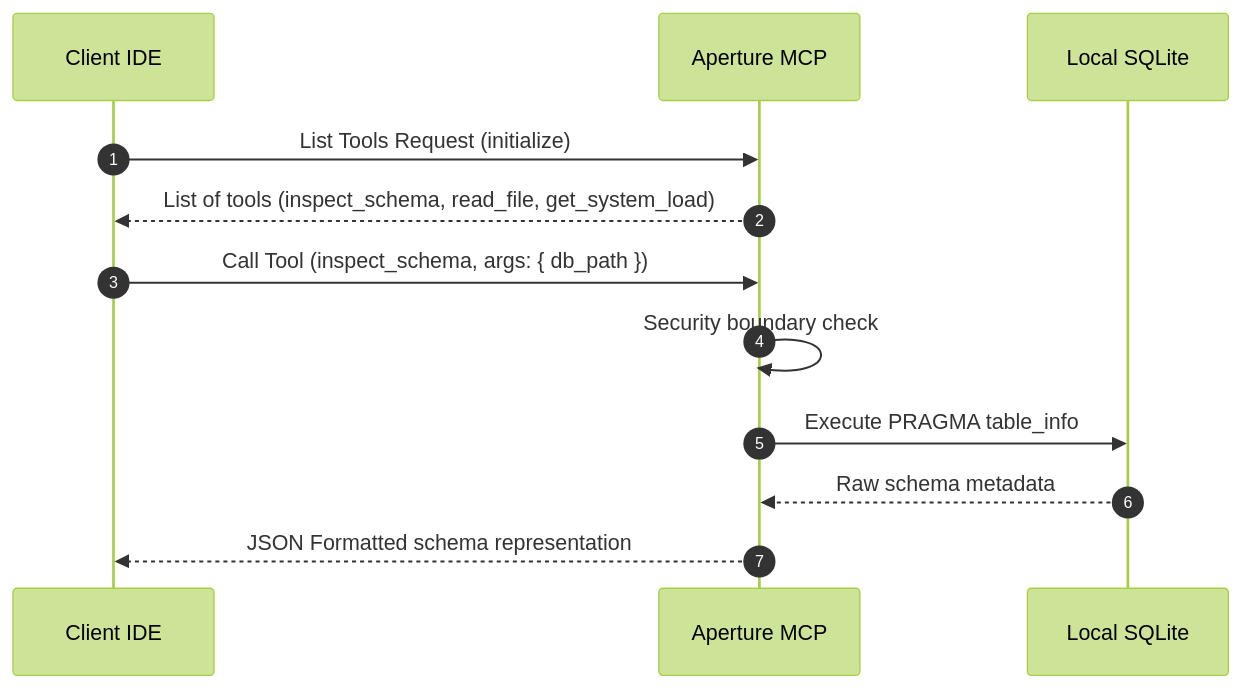
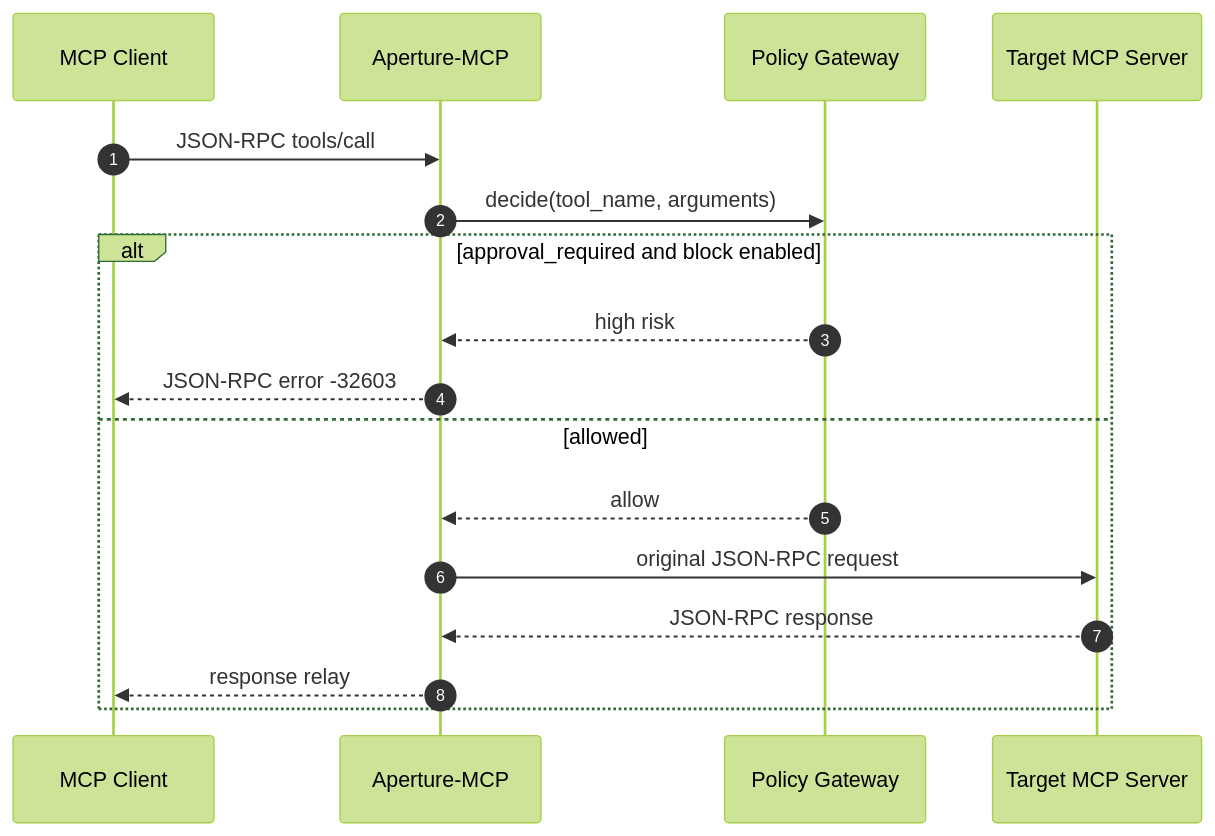
One commit to devcy0922/devcy0922.github.io changed the second of 2 diagrams in docs/projects/aperture-mcp.md. Above: the diagram before and after it, drawn with Mermaid (forest theme). The commit also changed other lines of this file and 7 other files, not shown here.

````diff
--- a/docs/projects/aperture-mcp.md
+++ b/docs/projects/aperture-mcp.md
@@ -43,11 +43,19 @@
 ```mermaid
 sequenceDiagram
     autonumber
-    Client IDE->>Aperture MCP: List Tools Request (initialize)
-    Aperture MCP-->>Client IDE: List of tools (inspect_schema, read_file, get_system_load)
-    Client IDE->>Aperture MCP: Call Tool (inspect_schema, args: { db_path })
-    Aperture MCP->>Aperture MCP: Security boundary check
-    Aperture MCP->>Local SQLite: Execute PRAGMA table_info
-    Local SQLite-->>Aperture MCP: Raw schema metadata
-    Aperture MCP-->>Client IDE: JSON Formatted schema representation
+    participant Client as MCP Client
+    participant Proxy as Aperture-MCP
+    participant Policy as Policy Gateway
+    participant Server as Target MCP Server
+    Client->>Proxy: JSON-RPC tools/call
+    Proxy->>Policy: decide(tool_name, arguments)
+    alt approval_required and block enabled
+        Policy-->>Proxy: high risk
+        Proxy-->>Client: JSON-RPC error -32603
+    else allowed
+        Policy-->>Proxy: allow
+        Proxy->>Server: original JSON-RPC request
+        Server-->>Proxy: JSON-RPC response
+        Proxy-->>Client: response relay
+    end
 ```
````
